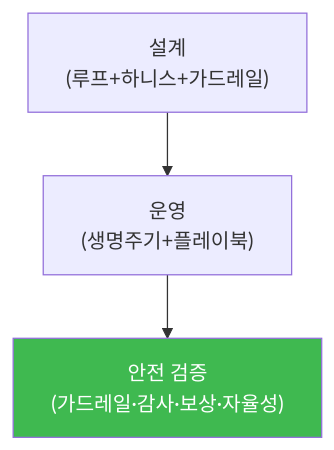
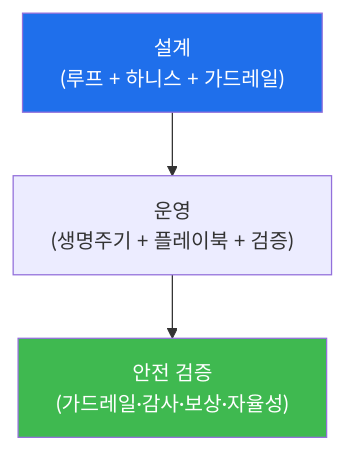
Before and after one commit to mrgrit/tw2: the diagram in contents/training/autonomous-security/lecture_week08.md, drawn with Mermaid. The commit also changed other lines of this file, not shown here.

````diff
--- a/contents/training/autonomous-security/lecture_week08.md
+++ b/contents/training/autonomous-security/lecture_week08.md
@@ -51,6 +55,7 @@
 ```mermaid
 graph TD
-    D["설계<br/>(루프+하니스+가드레일)"] --> O["운영<br/>(생명주기+플레이북)"]
+    D["설계<br/>(루프 + 하니스 + 가드레일)"] --> O["운영<br/>(생명주기 + 플레이북 + 검증)"]
     O --> V["안전 검증<br/>(가드레일·감사·보상·자율성)"]
+    style D fill:#1f6feb,color:#fff
     style V fill:#3fb950,color:#fff
 ```
````
